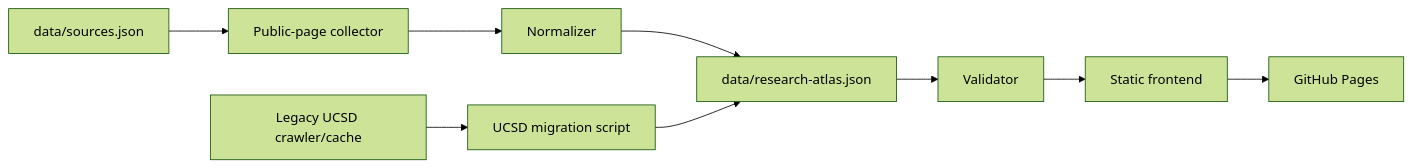
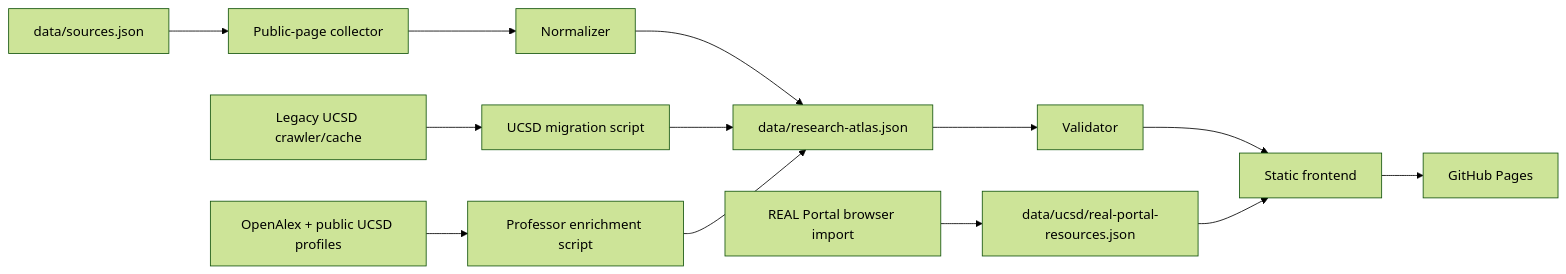
One commit to wenhaoquestion/UCSD-Research-Finder changed the diagram in docs/ARCHITECTURE.md. Above: the diagram before and after it, drawn with Mermaid (forest theme). The commit also changed other lines of this file and 10 other files, not shown here.

Commit message:
Add professor enrichment and REAL Portal resources

````diff
--- a/docs/ARCHITECTURE.md
+++ b/docs/ARCHITECTURE.md
@@ -5,11 +5,15 @@
 ```mermaid
 flowchart LR
   A["data/sources.json"] --> B["Public-page collector"]
   B --> C["Normalizer"]
   C --> D["data/research-atlas.json"]
   D --> E["Validator"]
   E --> F["Static frontend"]
   F --> G["GitHub Pages"]
   H["Legacy UCSD crawler/cache"] --> I["UCSD migration script"]
   I --> D
+  J["REAL Portal browser import"] --> K["data/ucsd/real-portal-resources.json"]
+  K --> F
+  L["OpenAlex + public UCSD profiles"] --> M["Professor enrichment script"]
+  M --> D
 ```
````
